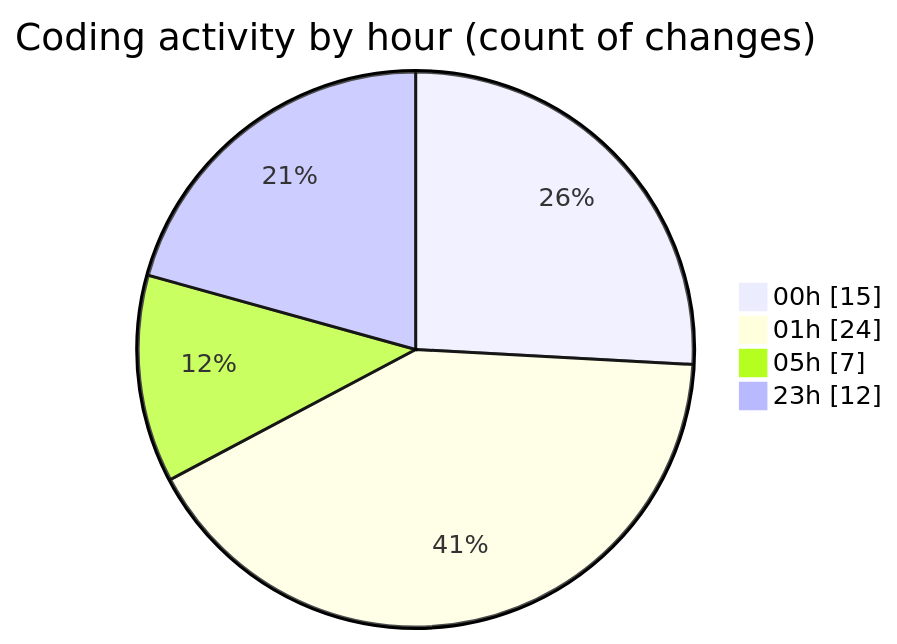
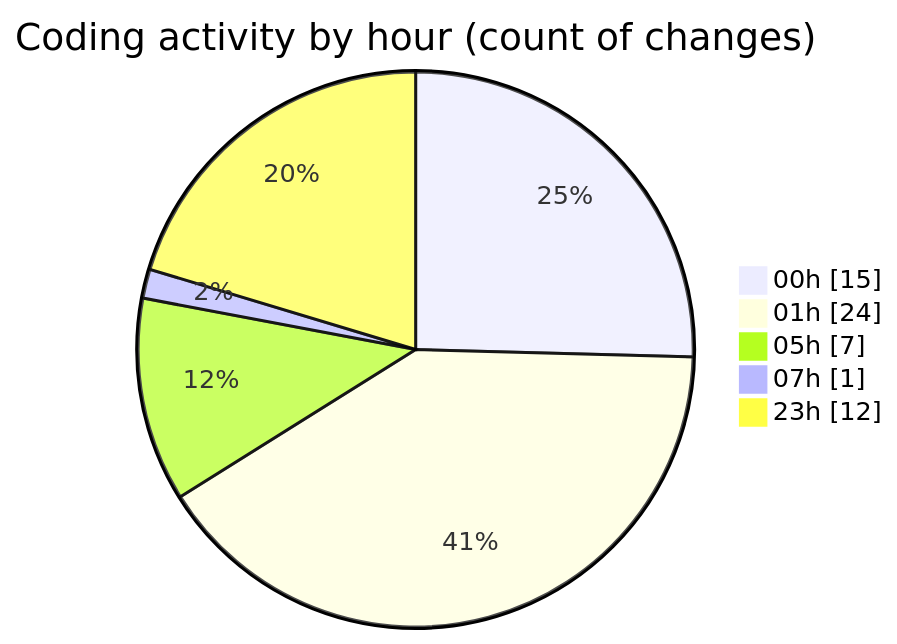
Before and after one commit to julien-gomy/code-tracking: the second of 2 diagrams in 2025-10-31/eventscop-frontend-guide__workspace_/README.md, drawn with Mermaid. The commit also changed other lines of this file and 1 other file, not shown here.

````diff
--- a/2025-10-31/eventscop-frontend-guide__workspace_/README.md
+++ b/2025-10-31/eventscop-frontend-guide__workspace_/README.md
@@ -42,8 +42,9 @@
 ```mermaid
 pie showData
 title Coding activity by hour (count of changes)
 "00h" : 15
 "01h" : 24
 "05h" : 7
+"07h" : 1
 "23h" : 12
 ```
````
